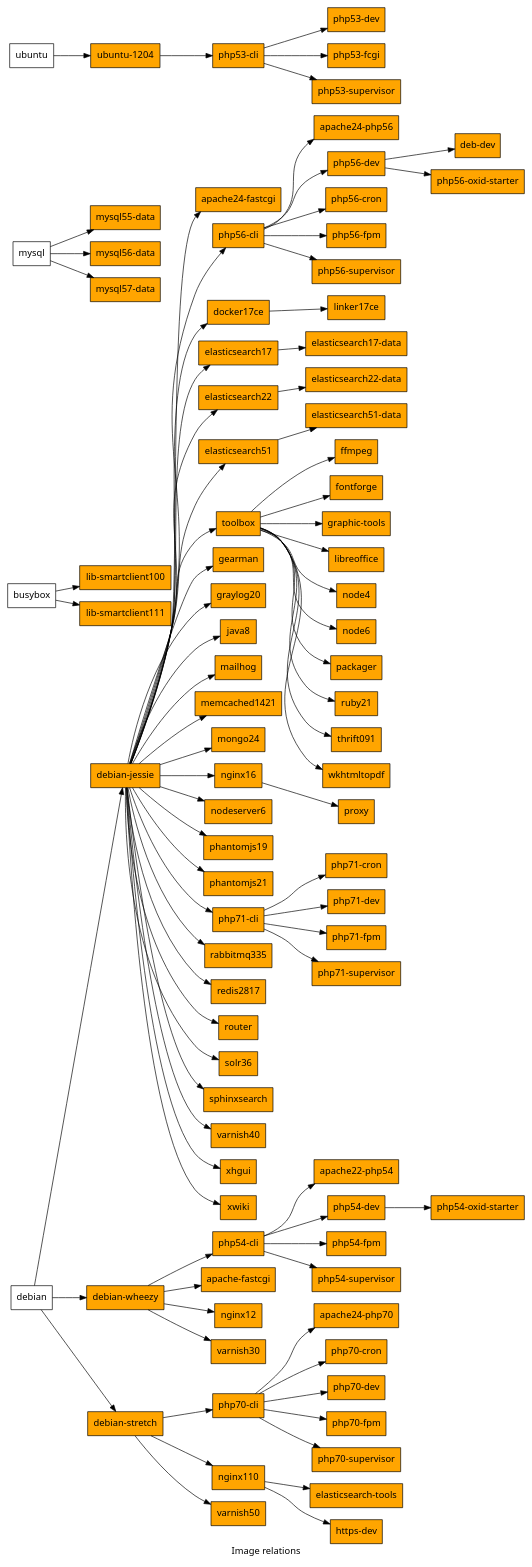
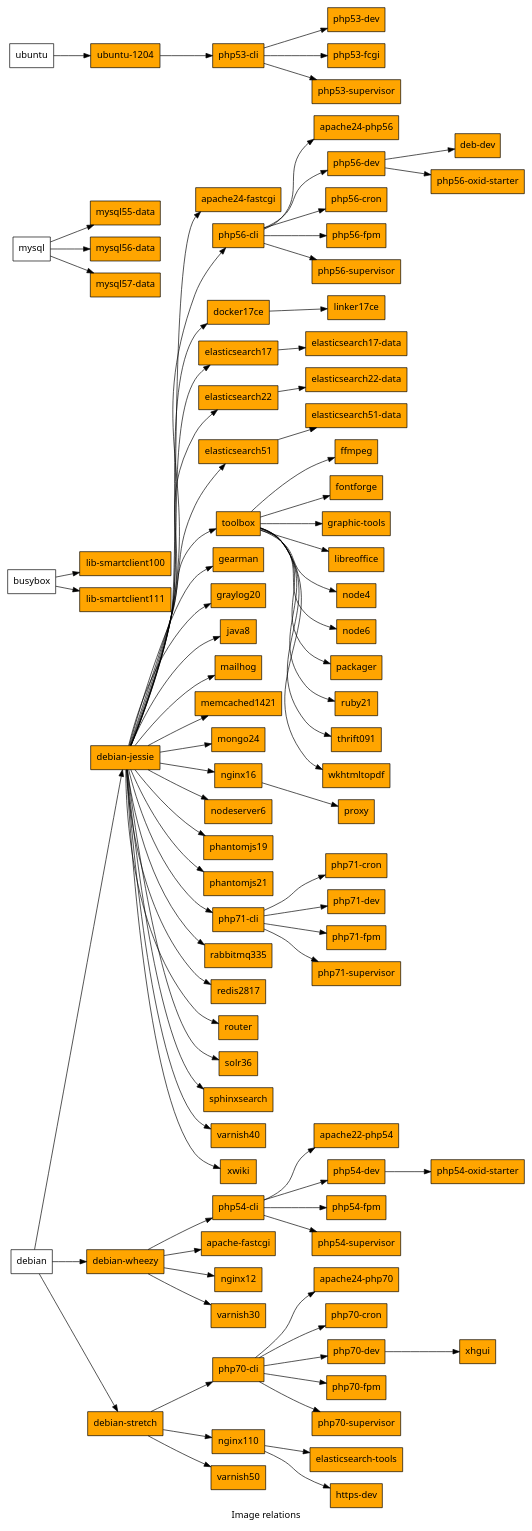
The diagram in _docs/media/image_relations.gv (nfq-technologies/docker-images), drawn with Graphviz before and after one commit. The commit also changed 7 other files, not shown here.

```diff
--- a/_docs/media/image_relations.gv
+++ b/_docs/media/image_relations.gv
@@ -1,176 +1,176 @@
 
 digraph G {
     label="Image relations";
     graph [fontname=sans];
     node [style=filled shape=box fontname=sans fillcolor=white];
     rankdir="LR";
 	
     "nfqlt/apache22-php54" [fillcolor=orange label="apache22-php54"];
     "nfqlt/php54-cli"->"nfqlt/apache22-php54";
     "nfqlt/apache24-fastcgi" [fillcolor=orange label="apache24-fastcgi"];
     "nfqlt/debian-jessie"->"nfqlt/apache24-fastcgi";
     "nfqlt/apache24-php56" [fillcolor=orange label="apache24-php56"];
     "nfqlt/php56-cli"->"nfqlt/apache24-php56";
     "nfqlt/apache24-php70" [fillcolor=orange label="apache24-php70"];
     "nfqlt/php70-cli"->"nfqlt/apache24-php70";
     "nfqlt/apache-fastcgi" [fillcolor=orange label="apache-fastcgi"];
     "nfqlt/debian-wheezy"->"nfqlt/apache-fastcgi";
     "nfqlt/deb-dev" [fillcolor=orange label="deb-dev"];
     "nfqlt/php56-dev"->"nfqlt/deb-dev";
     "nfqlt/debian-jessie" [fillcolor=orange label="debian-jessie"];
     "debian"->"nfqlt/debian-jessie";
     "nfqlt/debian-stretch" [fillcolor=orange label="debian-stretch"];
     "debian"->"nfqlt/debian-stretch";
     "nfqlt/debian-wheezy" [fillcolor=orange label="debian-wheezy"];
     "debian"->"nfqlt/debian-wheezy";
     "nfqlt/docker17ce" [fillcolor=orange label="docker17ce"];
     "nfqlt/debian-jessie"->"nfqlt/docker17ce";
     "nfqlt/elasticsearch17-data" [fillcolor=orange label="elasticsearch17-data"];
     "nfqlt/elasticsearch17"->"nfqlt/elasticsearch17-data";
     "nfqlt/elasticsearch17" [fillcolor=orange label="elasticsearch17"];
     "nfqlt/debian-jessie"->"nfqlt/elasticsearch17";
     "nfqlt/elasticsearch22-data" [fillcolor=orange label="elasticsearch22-data"];
     "nfqlt/elasticsearch22"->"nfqlt/elasticsearch22-data";
     "nfqlt/elasticsearch22" [fillcolor=orange label="elasticsearch22"];
     "nfqlt/debian-jessie"->"nfqlt/elasticsearch22";
     "nfqlt/elasticsearch51-data" [fillcolor=orange label="elasticsearch51-data"];
     "nfqlt/elasticsearch51"->"nfqlt/elasticsearch51-data";
     "nfqlt/elasticsearch51" [fillcolor=orange label="elasticsearch51"];
     "nfqlt/debian-jessie"->"nfqlt/elasticsearch51";
     "nfqlt/elasticsearch-tools" [fillcolor=orange label="elasticsearch-tools"];
     "nfqlt/nginx110"->"nfqlt/elasticsearch-tools";
     "nfqlt/ffmpeg" [fillcolor=orange label="ffmpeg"];
     "nfqlt/toolbox"->"nfqlt/ffmpeg";
     "nfqlt/fontforge" [fillcolor=orange label="fontforge"];
     "nfqlt/toolbox"->"nfqlt/fontforge";
     "nfqlt/gearman" [fillcolor=orange label="gearman"];
     "nfqlt/debian-jessie"->"nfqlt/gearman";
     "nfqlt/graphic-tools" [fillcolor=orange label="graphic-tools"];
     "nfqlt/toolbox"->"nfqlt/graphic-tools";
     "nfqlt/graylog20" [fillcolor=orange label="graylog20"];
     "nfqlt/debian-jessie"->"nfqlt/graylog20";
     "nfqlt/https-dev" [fillcolor=orange label="https-dev"];
     "nfqlt/nginx110"->"nfqlt/https-dev";
     "nfqlt/java8" [fillcolor=orange label="java8"];
     "nfqlt/debian-jessie"->"nfqlt/java8";
     "nfqlt/libreoffice" [fillcolor=orange label="libreoffice"];
     "nfqlt/toolbox"->"nfqlt/libreoffice";
     "nfqlt/lib-smartclient100" [fillcolor=orange label="lib-smartclient100"];
     "busybox"->"nfqlt/lib-smartclient100";
     "nfqlt/lib-smartclient111" [fillcolor=orange label="lib-smartclient111"];
     "busybox"->"nfqlt/lib-smartclient111";
     "nfqlt/linker17ce" [fillcolor=orange label="linker17ce"];
     "nfqlt/docker17ce"->"nfqlt/linker17ce";
     "nfqlt/mailhog" [fillcolor=orange label="mailhog"];
     "nfqlt/debian-jessie"->"nfqlt/mailhog";
     "nfqlt/memcached1421" [fillcolor=orange label="memcached1421"];
     "nfqlt/debian-jessie"->"nfqlt/memcached1421";
     "nfqlt/mongo24" [fillcolor=orange label="mongo24"];
     "nfqlt/debian-jessie"->"nfqlt/mongo24";
     "nfqlt/mysql55-data" [fillcolor=orange label="mysql55-data"];
     "mysql"->"nfqlt/mysql55-data";
     "nfqlt/mysql56-data" [fillcolor=orange label="mysql56-data"];
     "mysql"->"nfqlt/mysql56-data";
     "nfqlt/mysql57-data" [fillcolor=orange label="mysql57-data"];
     "mysql"->"nfqlt/mysql57-data";
     "nfqlt/nginx110" [fillcolor=orange label="nginx110"];
     "nfqlt/debian-stretch"->"nfqlt/nginx110";
     "nfqlt/nginx12" [fillcolor=orange label="nginx12"];
     "nfqlt/debian-wheezy"->"nfqlt/nginx12";
     "nfqlt/nginx16" [fillcolor=orange label="nginx16"];
     "nfqlt/debian-jessie"->"nfqlt/nginx16";
     "nfqlt/node4" [fillcolor=orange label="node4"];
     "nfqlt/toolbox"->"nfqlt/node4";
     "nfqlt/node6" [fillcolor=orange label="node6"];
     "nfqlt/toolbox"->"nfqlt/node6";
     "nfqlt/nodeserver6" [fillcolor=orange label="nodeserver6"];
     "nfqlt/debian-jessie"->"nfqlt/nodeserver6";
     "nfqlt/packager" [fillcolor=orange label="packager"];
     "nfqlt/toolbox"->"nfqlt/packager";
     "nfqlt/phantomjs19" [fillcolor=orange label="phantomjs19"];
     "nfqlt/debian-jessie"->"nfqlt/phantomjs19";
     "nfqlt/phantomjs21" [fillcolor=orange label="phantomjs21"];
     "nfqlt/debian-jessie"->"nfqlt/phantomjs21";
     "nfqlt/php53-cli" [fillcolor=orange label="php53-cli"];
     "nfqlt/ubuntu-1204"->"nfqlt/php53-cli";
     "nfqlt/php53-dev" [fillcolor=orange label="php53-dev"];
     "nfqlt/php53-cli"->"nfqlt/php53-dev";
     "nfqlt/php53-fcgi" [fillcolor=orange label="php53-fcgi"];
     "nfqlt/php53-cli"->"nfqlt/php53-fcgi";
     "nfqlt/php53-supervisor" [fillcolor=orange label="php53-supervisor"];
     "nfqlt/php53-cli"->"nfqlt/php53-supervisor";
     "nfqlt/php54-cli" [fillcolor=orange label="php54-cli"];
     "nfqlt/debian-wheezy"->"nfqlt/php54-cli";
     "nfqlt/php54-dev" [fillcolor=orange label="php54-dev"];
     "nfqlt/php54-cli"->"nfqlt/php54-dev";
     "nfqlt/php54-fpm" [fillcolor=orange label="php54-fpm"];
     "nfqlt/php54-cli"->"nfqlt/php54-fpm";
     "nfqlt/php54-oxid-starter" [fillcolor=orange label="php54-oxid-starter"];
     "nfqlt/php54-dev"->"nfqlt/php54-oxid-starter";
     "nfqlt/php54-supervisor" [fillcolor=orange label="php54-supervisor"];
     "nfqlt/php54-cli"->"nfqlt/php54-supervisor";
     "nfqlt/php56-cli" [fillcolor=orange label="php56-cli"];
     "nfqlt/debian-jessie"->"nfqlt/php56-cli";
     "nfqlt/php56-cron" [fillcolor=orange label="php56-cron"];
     "nfqlt/php56-cli"->"nfqlt/php56-cron";
     "nfqlt/php56-dev" [fillcolor=orange label="php56-dev"];
     "nfqlt/php56-cli"->"nfqlt/php56-dev";
     "nfqlt/php56-fpm" [fillcolor=orange label="php56-fpm"];
     "nfqlt/php56-cli"->"nfqlt/php56-fpm";
     "nfqlt/php56-oxid-starter" [fillcolor=orange label="php56-oxid-starter"];
     "nfqlt/php56-dev"->"nfqlt/php56-oxid-starter";
     "nfqlt/php56-supervisor" [fillcolor=orange label="php56-supervisor"];
     "nfqlt/php56-cli"->"nfqlt/php56-supervisor";
     "nfqlt/php70-cli" [fillcolor=orange label="php70-cli"];
     "nfqlt/debian-stretch"->"nfqlt/php70-cli";
     "nfqlt/php70-cron" [fillcolor=orange label="php70-cron"];
     "nfqlt/php70-cli"->"nfqlt/php70-cron";
     "nfqlt/php70-dev" [fillcolor=orange label="php70-dev"];
     "nfqlt/php70-cli"->"nfqlt/php70-dev";
     "nfqlt/php70-fpm" [fillcolor=orange label="php70-fpm"];
     "nfqlt/php70-cli"->"nfqlt/php70-fpm";
     "nfqlt/php70-supervisor" [fillcolor=orange label="php70-supervisor"];
     "nfqlt/php70-cli"->"nfqlt/php70-supervisor";
     "nfqlt/php71-cli" [fillcolor=orange label="php71-cli"];
     "nfqlt/debian-jessie"->"nfqlt/php71-cli";
     "nfqlt/php71-cron" [fillcolor=orange label="php71-cron"];
     "nfqlt/php71-cli"->"nfqlt/php71-cron";
     "nfqlt/php71-dev" [fillcolor=orange label="php71-dev"];
     "nfqlt/php71-cli"->"nfqlt/php71-dev";
     "nfqlt/php71-fpm" [fillcolor=orange label="php71-fpm"];
     "nfqlt/php71-cli"->"nfqlt/php71-fpm";
     "nfqlt/php71-supervisor" [fillcolor=orange label="php71-supervisor"];
     "nfqlt/php71-cli"->"nfqlt/php71-supervisor";
     "nfqlt/proxy" [fillcolor=orange label="proxy"];
     "nfqlt/nginx16"->"nfqlt/proxy";
     "nfqlt/rabbitmq335" [fillcolor=orange label="rabbitmq335"];
     "nfqlt/debian-jessie"->"nfqlt/rabbitmq335";
     "nfqlt/redis2817" [fillcolor=orange label="redis2817"];
     "nfqlt/debian-jessie"->"nfqlt/redis2817";
     "nfqlt/router" [fillcolor=orange label="router"];
     "nfqlt/debian-jessie"->"nfqlt/router";
     "nfqlt/ruby21" [fillcolor=orange label="ruby21"];
     "nfqlt/toolbox"->"nfqlt/ruby21";
     "nfqlt/solr36" [fillcolor=orange label="solr36"];
     "nfqlt/debian-jessie"->"nfqlt/solr36";
     "nfqlt/sphinxsearch" [fillcolor=orange label="sphinxsearch"];
     "nfqlt/debian-jessie"->"nfqlt/sphinxsearch";
     "nfqlt/thrift091" [fillcolor=orange label="thrift091"];
     "nfqlt/toolbox"->"nfqlt/thrift091";
     "nfqlt/toolbox" [fillcolor=orange label="toolbox"];
     "nfqlt/debian-jessie"->"nfqlt/toolbox";
     "nfqlt/ubuntu-1204" [fillcolor=orange label="ubuntu-1204"];
     "ubuntu"->"nfqlt/ubuntu-1204";
     "nfqlt/varnish30" [fillcolor=orange label="varnish30"];
     "nfqlt/debian-wheezy"->"nfqlt/varnish30";
     "nfqlt/varnish40" [fillcolor=orange label="varnish40"];
     "nfqlt/debian-jessie"->"nfqlt/varnish40";
     "nfqlt/varnish50" [fillcolor=orange label="varnish50"];
     "nfqlt/debian-stretch"->"nfqlt/varnish50";
     "nfqlt/wkhtmltopdf" [fillcolor=orange label="wkhtmltopdf"];
     "nfqlt/toolbox"->"nfqlt/wkhtmltopdf";
     "nfqlt/xhgui" [fillcolor=orange label="xhgui"];
-    "nfqlt/debian-jessie"->"nfqlt/xhgui";
+    "nfqlt/php70-dev"->"nfqlt/xhgui";
     "nfqlt/xwiki" [fillcolor=orange label="xwiki"];
     "nfqlt/debian-jessie"->"nfqlt/xwiki";
 }
```
